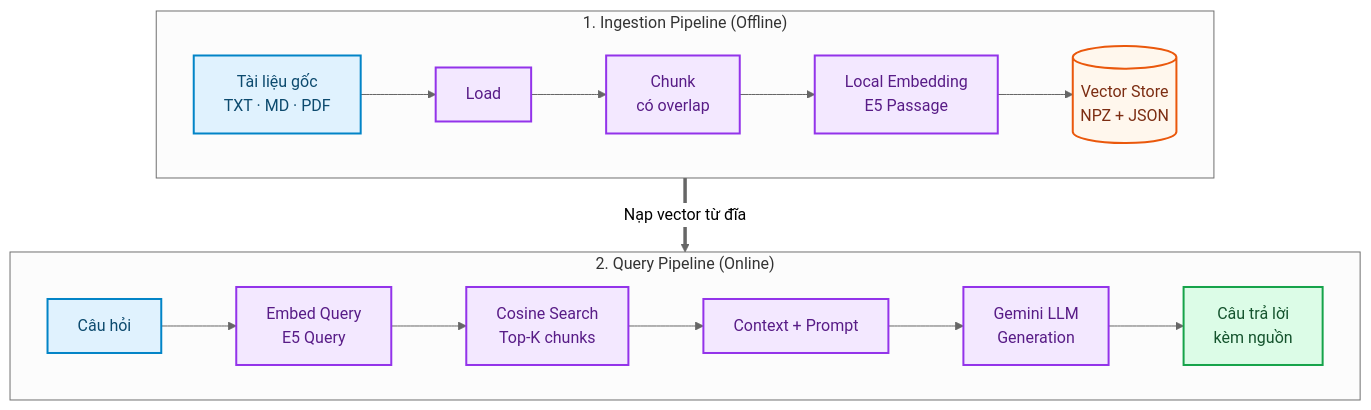
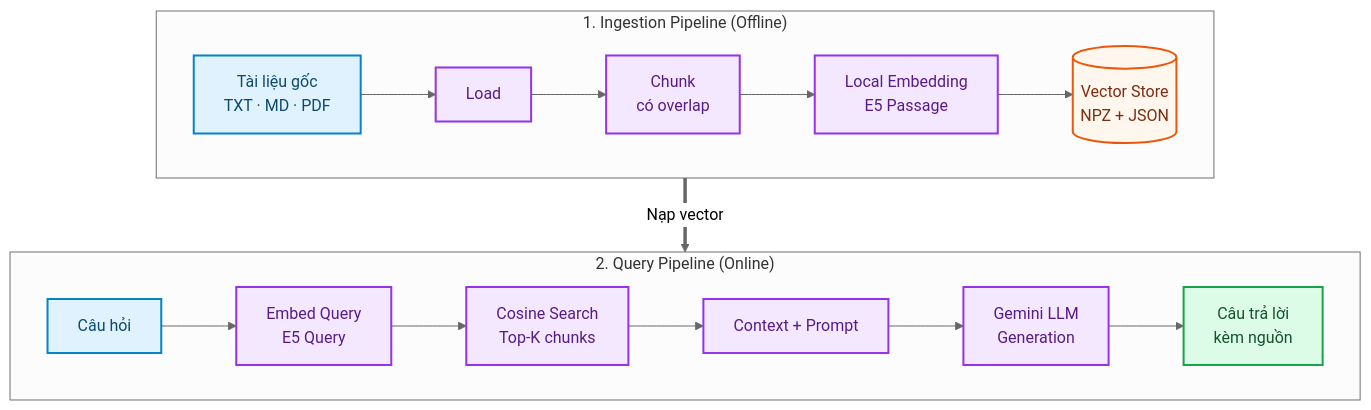
One commit to QuocTien004/RAG-from-zero changed the first of 3 diagrams in README.md. Above: the diagram before and after it, drawn with Mermaid (neutral theme). The commit also changed other lines of this file, not shown here.

First line of the commit message:
Simplify vector loading description in README

````diff
--- a/README.md
+++ b/README.md
@@ -34,30 +34,30 @@
 ```mermaid
 flowchart TD
     subgraph OFFLINE["1. Ingestion Pipeline (Offline)"]
         direction LR
         RAW["Tài liệu gốc<br/>TXT · MD · PDF"] --> LOAD["Load"]
         LOAD --> CHUNK["Chunk<br/>có overlap"]
         CHUNK --> DOCEMBED["Local Embedding<br/>E5 Passage"]
         DOCEMBED --> STORE[("Vector Store<br/>NPZ + JSON")]
     end
 
     subgraph ONLINE["2. Query Pipeline (Online)"]
         direction LR
         QUESTION["Câu hỏi"] --> QEMBED["Embed Query<br/>E5 Query"]
         QEMBED --> RETRIEVE["Cosine Search<br/>Top-K chunks"]
         RETRIEVE --> CONTEXT["Context + Prompt"]
         CONTEXT --> GEMINI["Gemini LLM<br/>Generation"]
         GEMINI --> ANSWER["Câu trả lời<br/>kèm nguồn"]
     end
 
-    STORE ==>|Nạp vector từ đĩa| RETRIEVE
+    STORE ==>|Nạp vector| RETRIEVE
 
     classDef input fill:#E0F2FE,stroke:#0284C7,color:#0C4A6E,stroke-width:2px;
     classDef process fill:#F3E8FF,stroke:#9333EA,color:#581C87,stroke-width:2px;
     classDef storage fill:#FFF7ED,stroke:#EA580C,color:#7C2D12,stroke-width:2px;
     classDef output fill:#DCFCE7,stroke:#16A34A,color:#14532D,stroke-width:2px;
     class RAW,QUESTION input;
     class LOAD,CHUNK,DOCEMBED,QEMBED,RETRIEVE,CONTEXT,GEMINI process;
     class STORE storage;
     class ANSWER output;
 ```
````
